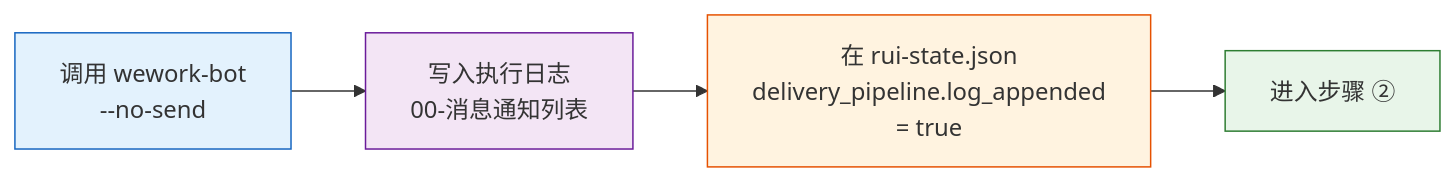
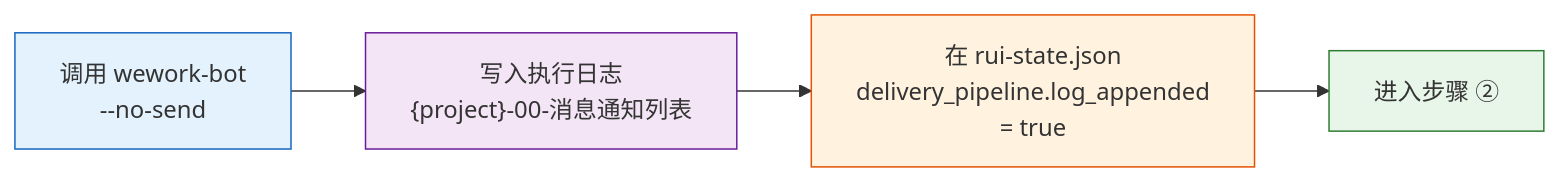
One commit to effiy/YrY changed the third of 10 diagrams in rules/delivery-gate.md. Above: the diagram before and after it, drawn with Mermaid. The commit also changed 17 other files, not shown here.

````diff
--- a/rules/delivery-gate.md
+++ b/rules/delivery-gate.md
@@ -80,11 +80,11 @@
 ```mermaid
 flowchart LR
-    CALL["调用 wework-bot<br/>--no-send"]:::step --> LOG["写入执行日志<br/>00-消息通知列表"]:::out
+    CALL["调用 wework-bot<br/>--no-send"]:::step --> LOG["写入执行日志<br/>{project}-00-消息通知列表"]:::out
     LOG --> MARK["在 rui-state.json<br/>delivery_pipeline.log_appended<br/>= true"]:::mark
     MARK --> NEXT["进入步骤 ②"]:::next
 
     classDef step fill:#e3f2fd,stroke:#1565c0;
     classDef out fill:#f3e5f5,stroke:#6a1b9a;
     classDef mark fill:#fff3e0,stroke:#e65100;
     classDef next fill:#e8f5e9,stroke:#2e7d32;
 ```
````
